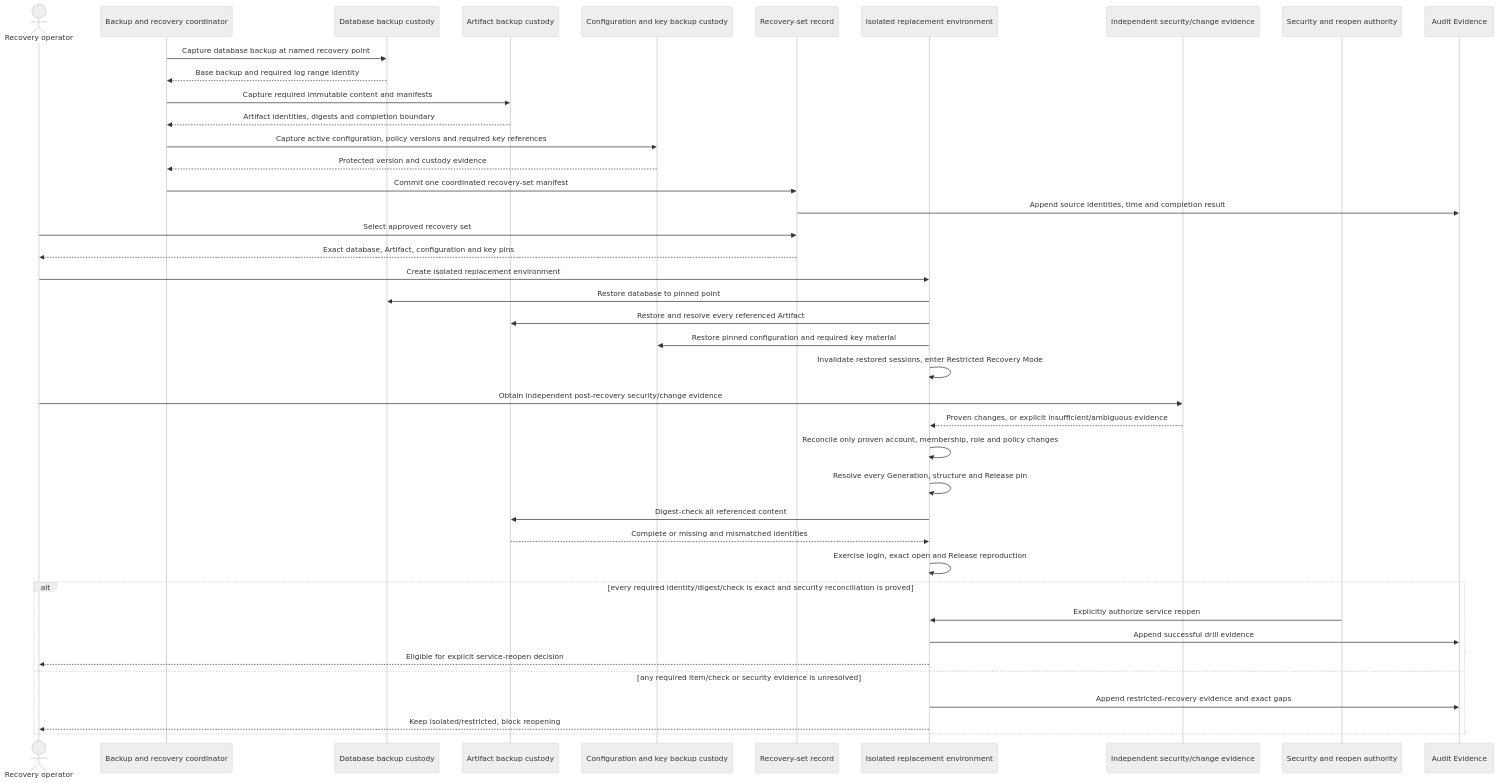
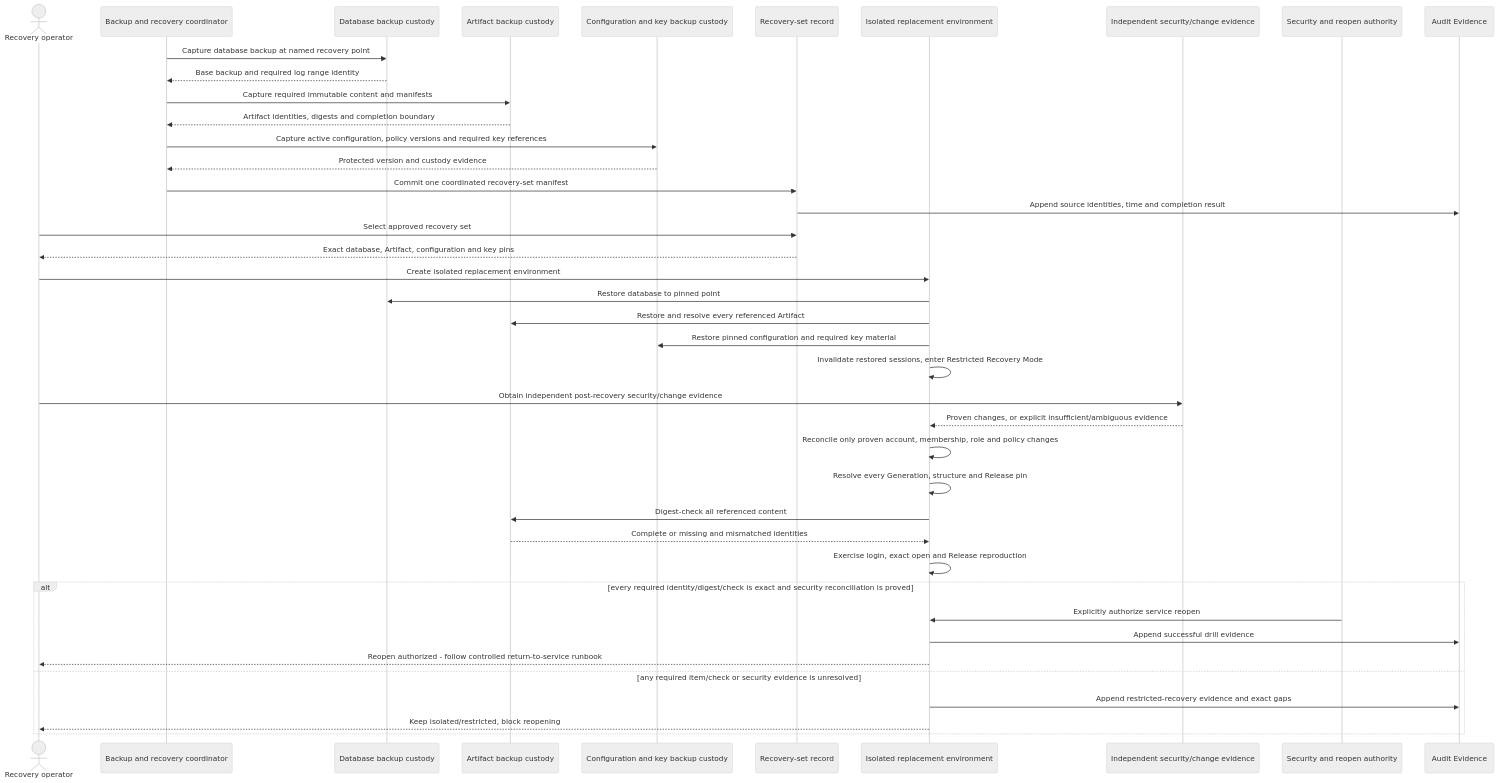
Diagram 28 of 30 in docs/product/instances/idea-engineering/DOC-05-architecture-description.md (devphuclam/IDEAEngineering), drawn with Mermaid (neutral theme) before and after one commit. The commit also changed other lines of this file and 56 other files, not shown here.

````diff
--- a/docs/product/instances/idea-engineering/DOC-05-architecture-description.md
+++ b/docs/product/instances/idea-engineering/DOC-05-architecture-description.md
@@ -2442,49 +2524,49 @@
 ```mermaid
 sequenceDiagram
     accTitle: Coordinated exact backup and recovery
     accDescr: A backup coordinator selects one recovery point and records a recovery-set manifest that joins the database point, every required immutable Artifact, active configuration and policy versions, and required protected key material. During recovery, an operator restores these parts into an isolated replacement, invalidates restored sessions and enters Restricted Recovery Mode. Post-recovery security changes are reconciled only from independent operational evidence, never by automatic replay. Absent or ambiguous evidence keeps the service restricted. Only exact data, completed security reconciliation and an explicit named reopen decision can reopen service.
 
     actor Operator as Recovery operator
     participant Coord as Backup and recovery coordinator
     participant DB as Database backup custody
     participant Artifacts as Artifact backup custody
     participant Config as Configuration and key backup custody
     participant Record as Recovery-set record
     participant Target as Isolated replacement environment
     participant Evidence as Independent security/change evidence
     participant Authority as Security and reopen authority
     participant Audit as Audit Evidence
 
     Coord->>DB: Capture database backup at named recovery point
     DB-->>Coord: Base backup and required log range identity
     Coord->>Artifacts: Capture required immutable content and manifests
     Artifacts-->>Coord: Artifact identities, digests and completion boundary
     Coord->>Config: Capture active configuration, policy versions and required key references
     Config-->>Coord: Protected version and custody evidence
     Coord->>Record: Commit one coordinated recovery-set manifest
     Record->>Audit: Append source identities, time and completion result
 
     Operator->>Record: Select approved recovery set
     Record-->>Operator: Exact database, Artifact, configuration and key pins
     Operator->>Target: Create isolated replacement environment
     Target->>DB: Restore database to pinned point
     Target->>Artifacts: Restore and resolve every referenced Artifact
     Target->>Config: Restore pinned configuration and required key material
     Target->>Target: Invalidate restored sessions, enter Restricted Recovery Mode
     Operator->>Evidence: Obtain independent post-recovery security/change evidence
     Evidence-->>Target: Proven changes, or explicit insufficient/ambiguous evidence
     Target->>Target: Reconcile only proven account, membership, role and policy changes
     Target->>Target: Resolve every Generation, structure and Release pin
     Target->>Artifacts: Digest-check all referenced content
     Artifacts-->>Target: Complete or missing and mismatched identities
     Target->>Target: Exercise login, exact open and Release reproduction
 
     alt every required identity/digest/check is exact and security reconciliation is proved
         Authority->>Target: Explicitly authorize service reopen
         Target->>Audit: Append successful drill evidence
-        Target-->>Operator: Eligible for explicit service-reopen decision
+        Target-->>Operator: Reopen authorized - follow controlled return-to-service runbook
     else any required item/check or security evidence is unresolved
         Target->>Audit: Append restricted-recovery evidence and exact gaps
         Target-->>Operator: Keep isolated/restricted, block reopening
     end
 ```
````
